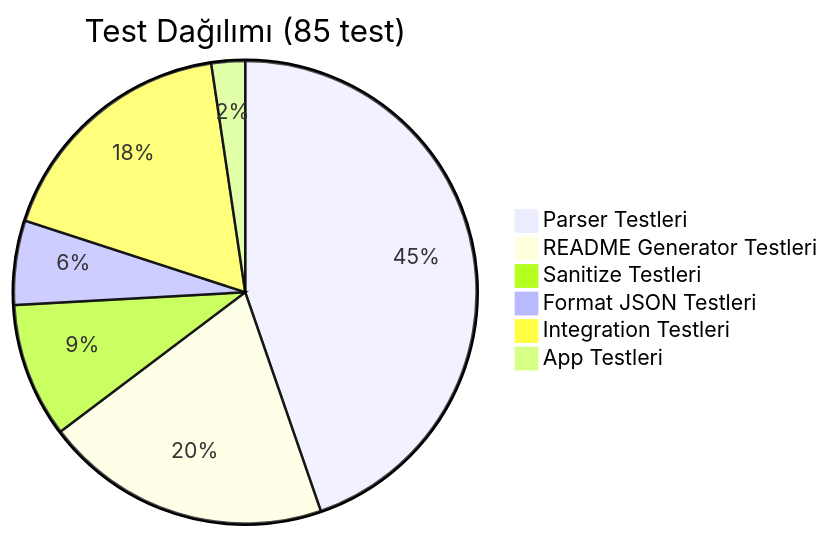
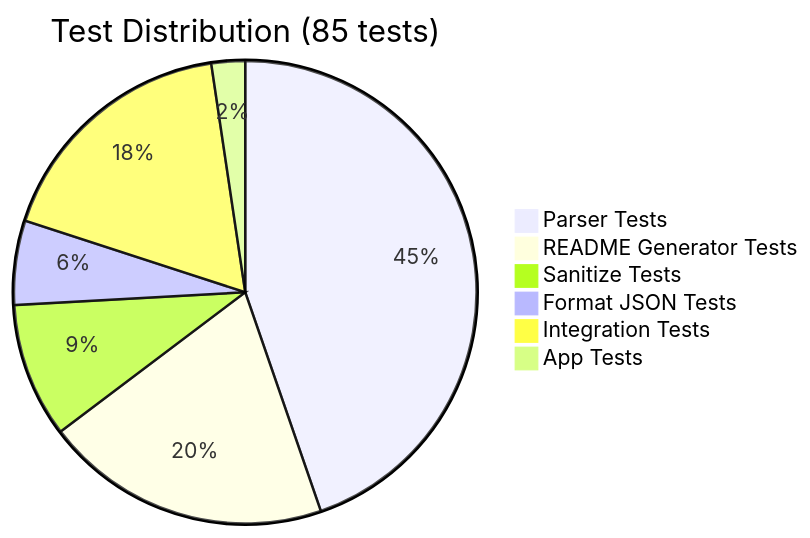
The fourth of 4 diagrams in README.md (muratdemirci/docwiz), drawn with Mermaid before and after one commit. The commit also changed other lines of this file, not shown here.

````diff
--- a/README.md
+++ b/README.md
@@ -220,9 +220,9 @@
 ```mermaid
-pie title Test Dağılımı (85 test)
-    "Parser Testleri" : 38
-    "README Generator Testleri" : 17
-    "Sanitize Testleri" : 8
-    "Format JSON Testleri" : 5
-    "Integration Testleri" : 15
-    "App Testleri" : 2
+pie title Test Distribution (85 tests)
+    "Parser Tests" : 38
+    "README Generator Tests" : 17
+    "Sanitize Tests" : 8
+    "Format JSON Tests" : 5
+    "Integration Tests" : 15
+    "App Tests" : 2
 ```
````
